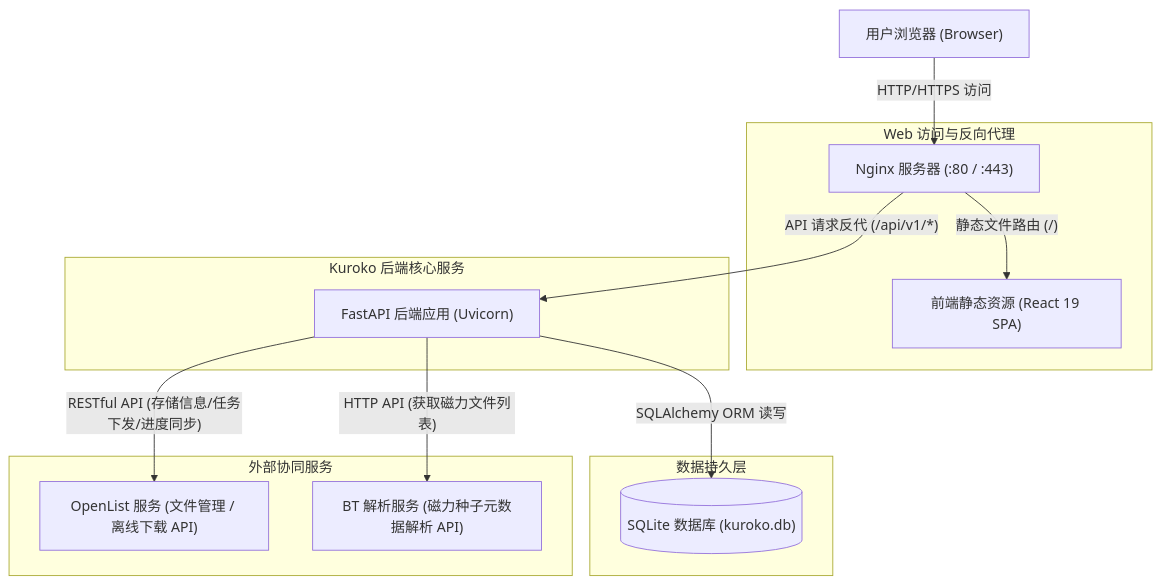
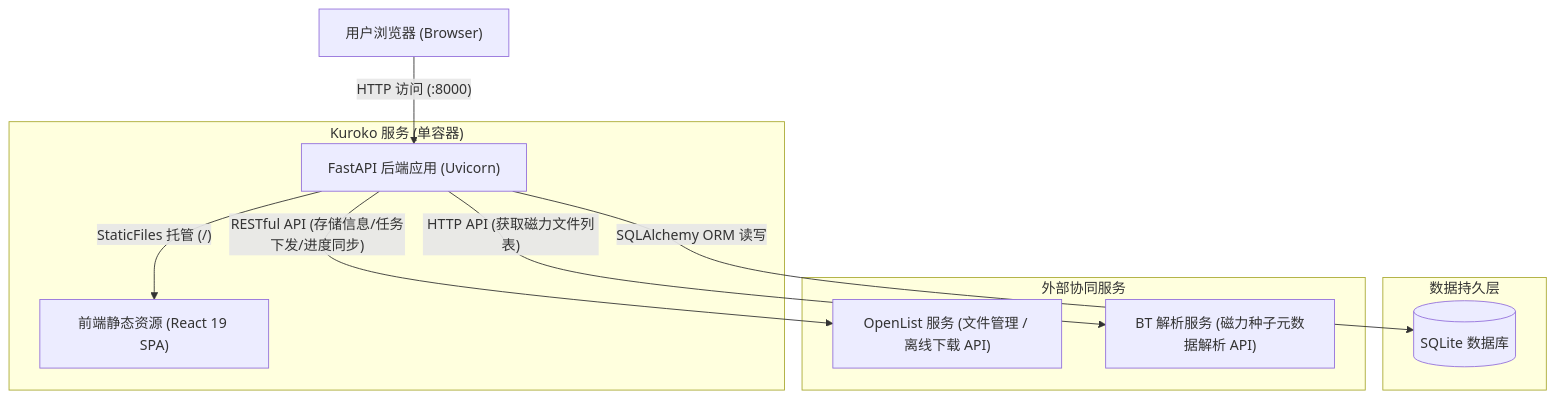
One commit to TheWuSi/Kuroko changed the first of 4 diagrams in docs/dev/architecture.md. Above: the diagram before and after it, drawn with Mermaid. The commit also changed other lines of this file and 14 other files, not shown here.

````diff
--- a/docs/dev/architecture.md
+++ b/docs/dev/architecture.md
@@ -16,30 +16,25 @@
 ```mermaid
 graph TD
     User["用户浏览器 (Browser)"]
 
-    subgraph "Web 访问与反向代理"
-        Nginx["Nginx 服务器 (:80 / :443)"]
-        Frontend["前端静态资源 (React 19 SPA)"]
-    end
-
-    subgraph "Kuroko 后端核心服务"
+    subgraph "Kuroko 服务 (单容器)"
         FastAPI["FastAPI 后端应用 (Uvicorn)"]
+        Static["前端静态资源 (React 19 SPA)"]
     end
 
     subgraph "数据持久层"
-        SQLite[("SQLite 数据库 (kuroko.db)")]
+        SQLite[("SQLite 数据库")]
     end
 
     subgraph "外部协同服务"
         OpenList["OpenList 服务 (文件管理 / 离线下载 API)"]
         BTParser["BT 解析服务 (磁力种子元数据解析 API)"]
     end
 
-    User -->|"HTTP/HTTPS 访问"| Nginx
-    Nginx -->|"静态文件路由 (/)"| Frontend
-    Nginx -->|"API 请求反代 (/api/v1/*)"| FastAPI
+    User -->|"HTTP 访问 (:8000)"| FastAPI
+    FastAPI -->|"StaticFiles 托管 (/)"| Static
 
     FastAPI -->|"SQLAlchemy ORM 读写"| SQLite
     FastAPI -->|"RESTful API (存储信息/任务下发/进度同步)"| OpenList
     FastAPI -->|"HTTP API (获取磁力文件列表)"| BTParser
 ```
````
